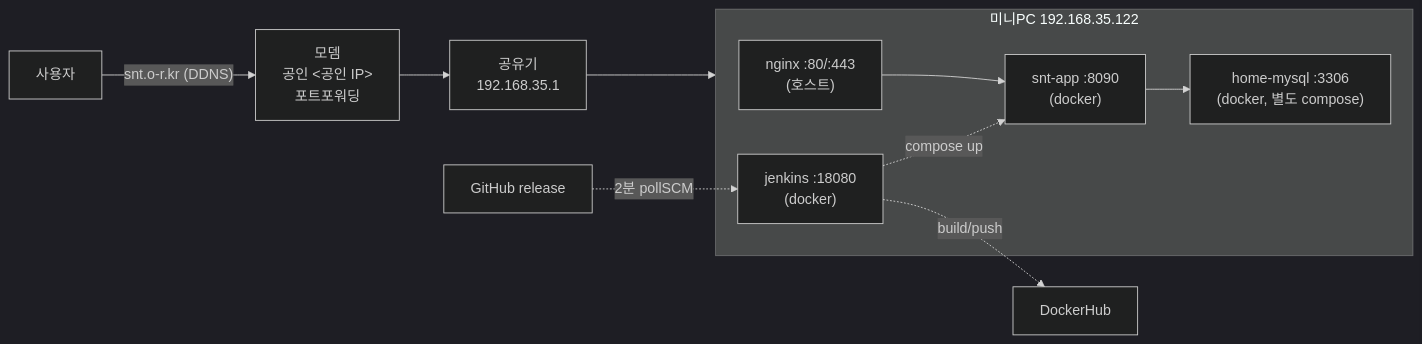
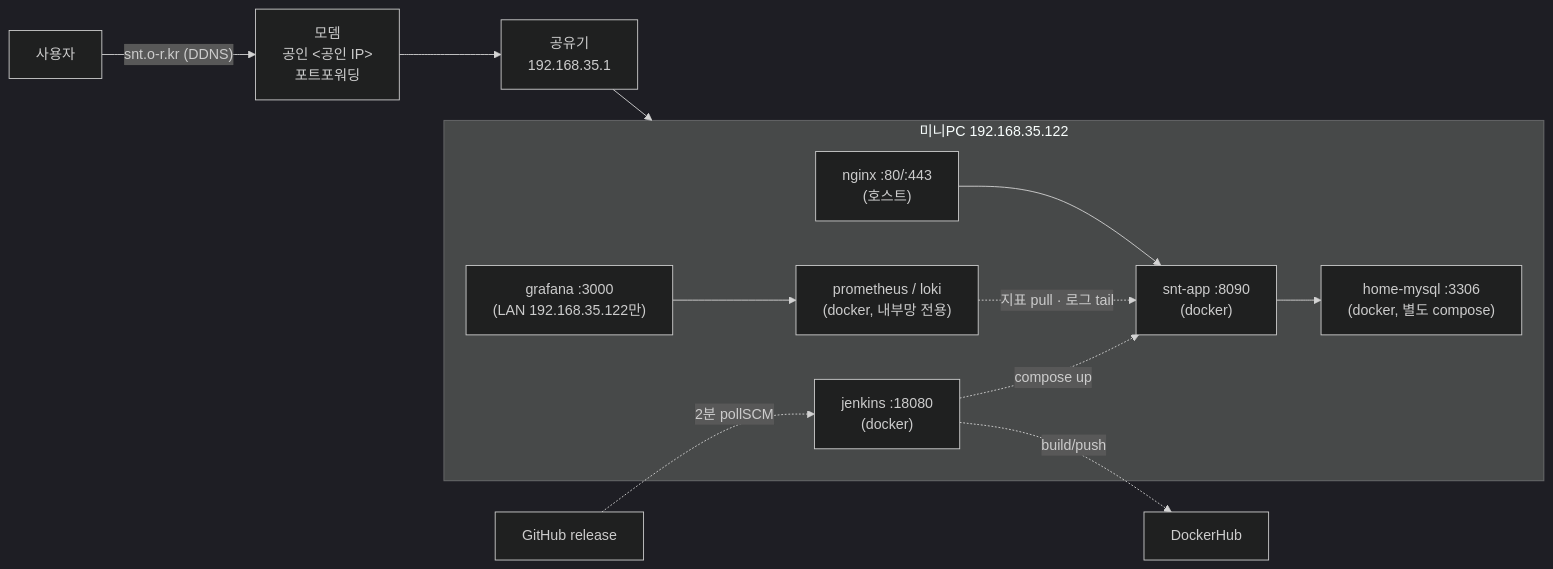
The first of 7 diagrams in README.md (Highjune/highjune-archiving), drawn with Mermaid (dark theme) before and after one commit. The commit also changed other lines of this file and 12 other files, not shown here.

First line of the commit message:
docs+infra: 홈서버 모니터링 Grafana+Prometheus+Loki 구축 (2026-10-29)

````diff
--- a/README.md
+++ b/README.md
@@ -35,18 +35,20 @@
 ```mermaid
 flowchart LR
     U["사용자"] -->|"snt.o-r.kr (DDNS)"| M["모뎀<br/>공인 <공인 IP><br/>포트포워딩"]
     M --> R["공유기<br/>192.168.35.1"]
     R --> PC
 
     subgraph PC["미니PC 192.168.35.122"]
         N["nginx :80/:443<br/>(호스트)"]
         A["snt-app :8090<br/>(docker)"]
         D["home-mysql :3306<br/>(docker, 별도 compose)"]
         J["jenkins :18080<br/>(docker)"]
         N --> A --> D
+        P["prometheus / loki<br/>(docker, 내부망 전용)"] -.->|"지표 pull · 로그 tail"| A
+        G["grafana :3000<br/>(LAN 192.168.35.122만)"] --> P
     end
 
     GH["GitHub release"] -.->|"2분 pollSCM"| J
     J -.->|"build/push"| HUB["DockerHub"]
     J -.->|"compose up"| A
 ```
````
